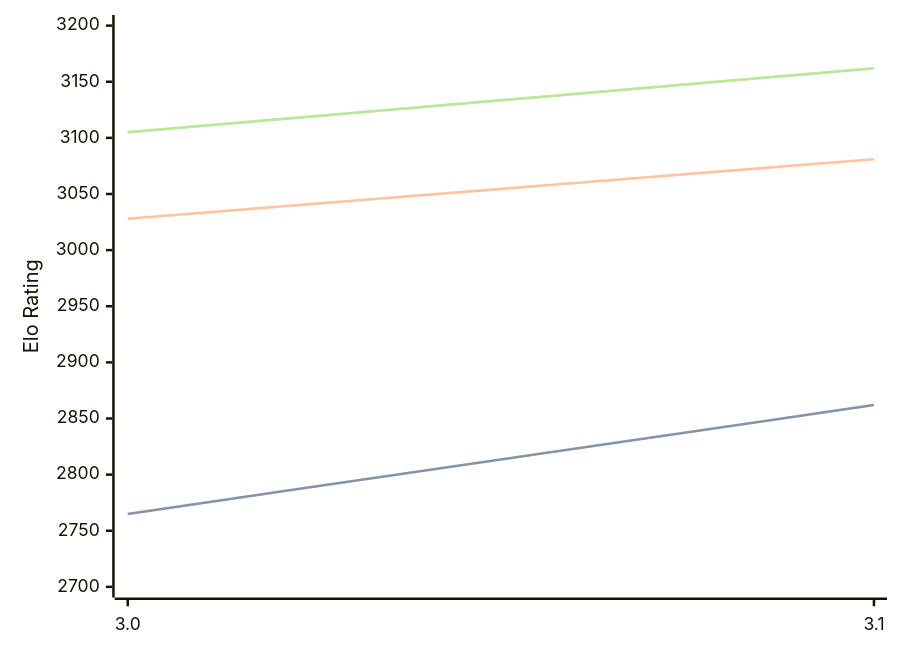
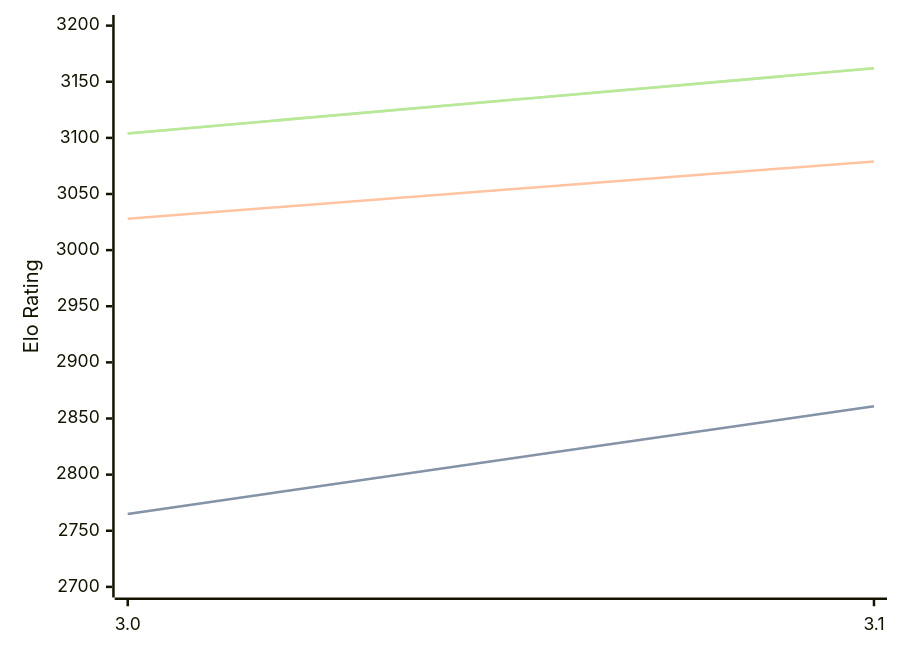
One commit to computer-chess-index/cci changed the diagram in engines/Vajolet2.md. Above: the diagram before and after it, drawn with Mermaid. The commit also changed other lines of this file, not shown here.

Commit message:
Update CCI Ratings (ELO VLTC) - 2026-04-17

````diff
--- a/engines/Vajolet2.md
+++ b/engines/Vajolet2.md
@@ -40,11 +40,11 @@
 ```mermaid
 %%{init: {"theme":"base","themeVariables":{"seriesColors:['#a3a3a3','#222221','#faa371']}}}%%
 xychart-beta
   x-axis ["3.0", "3.1"]
   y-axis "Elo Rating" 2700 --> 3200
-  line "STC (8.0+0.08s)" [2765, 2862]
-  line "STC (8.0+0.08s)" [2765, 2862]
-  line "LTC (60.0+0.60s)" [3028, 3081]
-  line "VLTC (2m24s+1.12s)" [3105, 3162]
-  line "VLTC (2m24s+1.12s)" [3105, 3162]
+  line "STC (8.0+0.08s)" [2765, 2861]
+  line "STC (8.0+0.08s)" [2765, 2861]
+  line "LTC (60.0+0.60s)" [3028, 3079]
+  line "VLTC (2m24s+1.12s)" [3104, 3162]
+  line "VLTC (2m24s+1.12s)" [3104, 3162]
 ```
````
